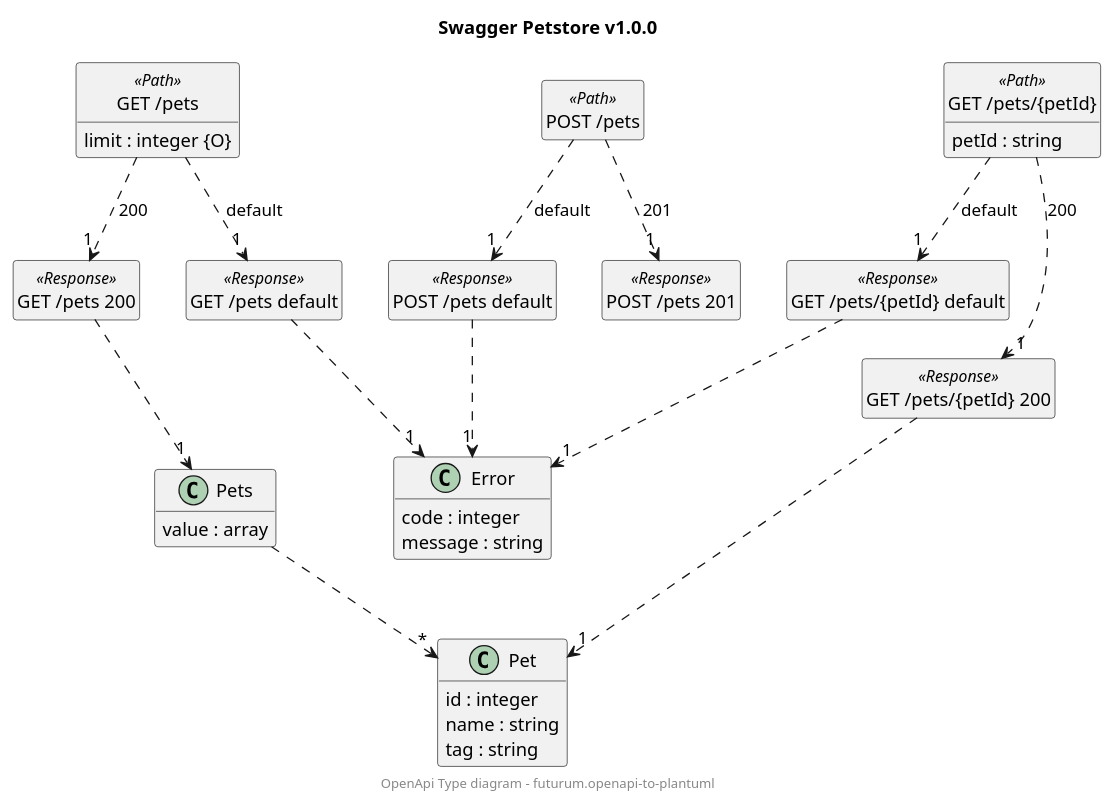
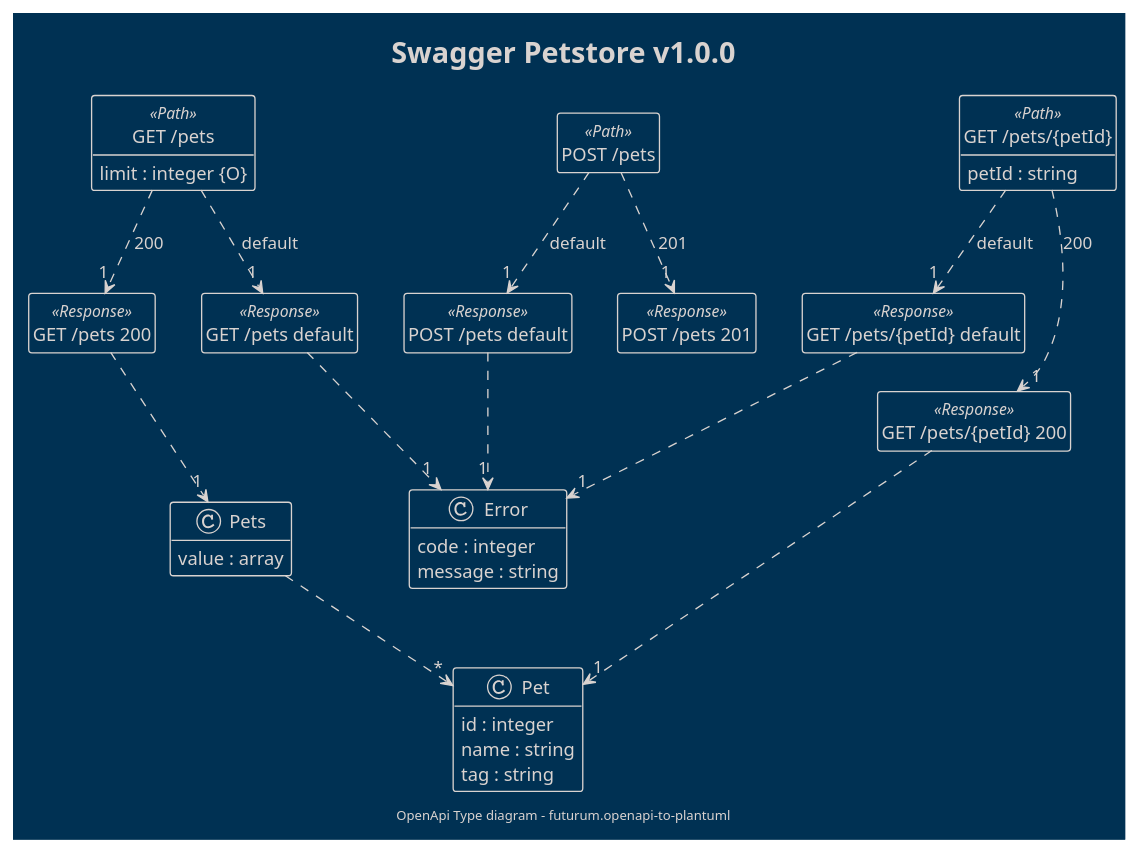
Before and after one commit to futurum-dev/futurum.openapi-to-plantuml: the diagram in openapi/openapi-petstore-simple-openapi-type.puml, drawn with PlantUML. The commit also changed 15 other files, not shown here.

```diff
--- a/openapi/openapi-petstore-simple-openapi-type.puml
+++ b/openapi/openapi-petstore-simple-openapi-type.puml
@@ -1,59 +1,59 @@
 @startuml OpenApi Type diagram
-'!theme blueprint
 
 hide <<Path>> circle
 hide <<Response>> circle
 hide <<Parameter>> circle
 hide empty methods
 hide empty fields
 set namespaceSeparator none
 
+!theme blueprint
 title Swagger Petstore v1.0.0
 footer OpenApi Type diagram - futurum.openapi-to-plantuml
 class "GET /pets" <<Path>> {
 {field} limit : integer {O}
 }
 
 class "GET /pets 200" <<Response>> { }
 class "GET /pets default" <<Response>> { }
 class "POST /pets" <<Path>> {
 }
 
 class "POST /pets 201" <<Response>> { }
 class "POST /pets default" <<Response>> { }
 class "GET /pets/{petId}" <<Path>> {
 {field} petId : string
 }
 
 class "GET /pets/{petId} 200" <<Response>> { }
 class "GET /pets/{petId} default" <<Response>> { }
 class "Pet" {
 {field} id : integer
 {field} name : string
 {field} tag : string
 }
 
 class "Pets" {
 {field} value : array
 }
 
 class "Error" {
 {field} code : integer
 {field} message : string
 }
 
 "GET /pets" ..> "1" "GET /pets 200" : "200"
 "GET /pets 200" ..> "1" "Pets"
 "GET /pets" ..> "1" "GET /pets default" : "default"
 "GET /pets default" ..> "1" "Error"
 "POST /pets" ..> "1" "POST /pets 201" : "201"
 "POST /pets" ..> "1" "POST /pets default" : "default"
 "POST /pets default" ..> "1" "Error"
 "GET /pets/{petId}" ..> "1" "GET /pets/{petId} 200" : "200"
 "GET /pets/{petId} 200" ..> "1" "Pet"
 "GET /pets/{petId}" ..> "1" "GET /pets/{petId} default" : "default"
 "GET /pets/{petId} default" ..> "1" "Error"
 "Pets" ..> "*" "Pet"
 
 
 @enduml
```
